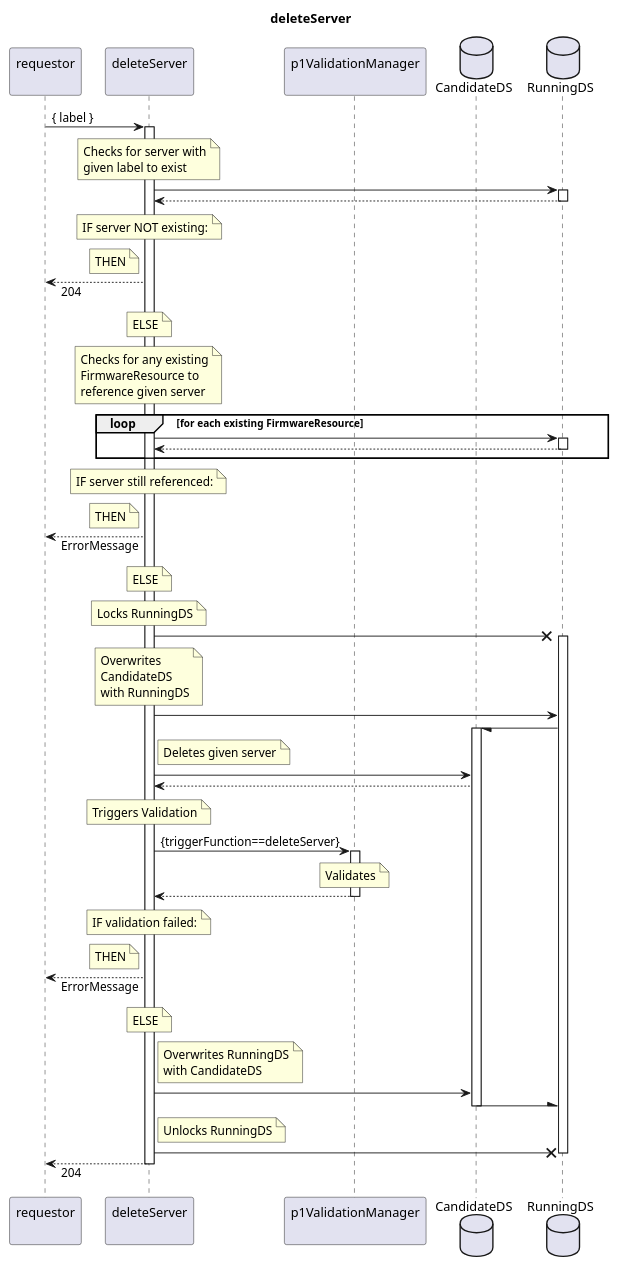
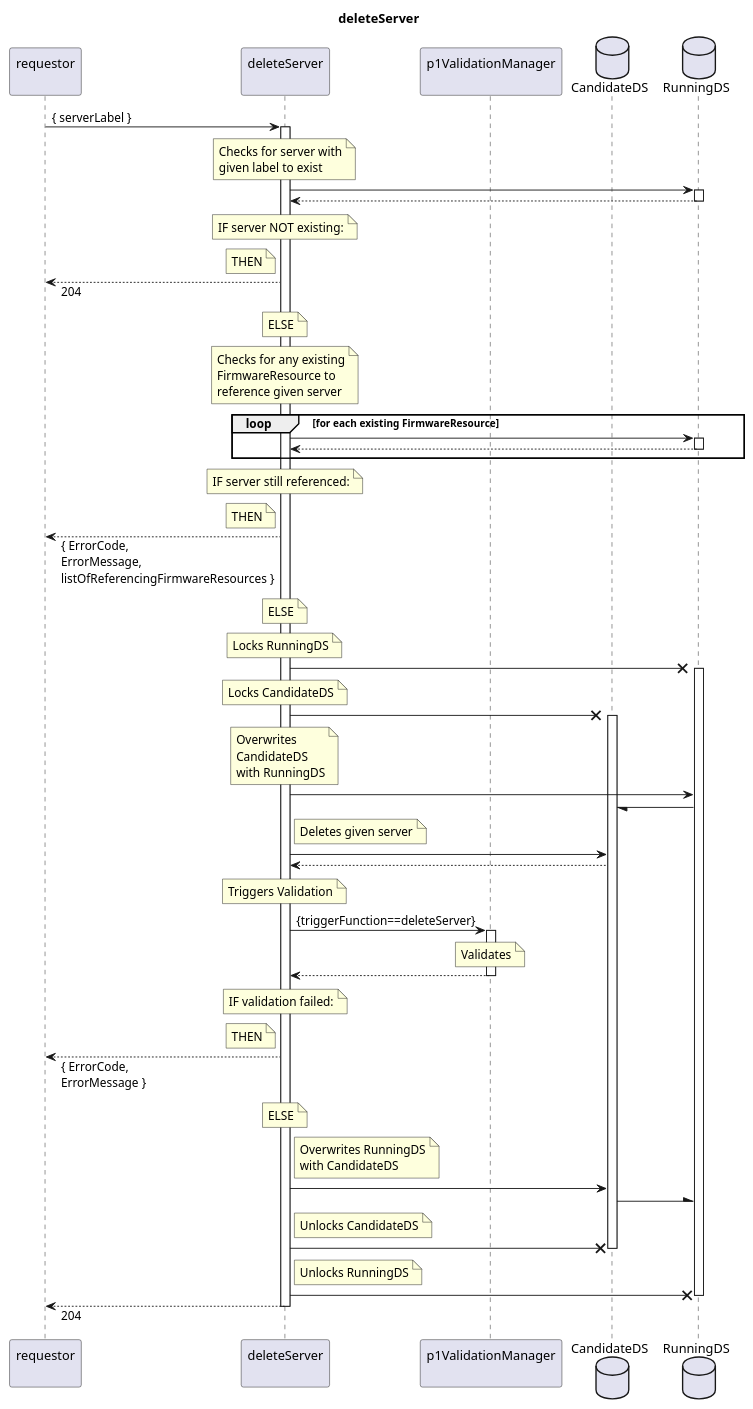
Before and after one commit to openBackhaul/FirmWareManager: the diagram in spec/Services/deleteServer/1.0.0/deleteServer.plantuml, drawn with PlantUML. The commit also changed 17 other files, not shown here.

```diff
--- a/spec/Services/deleteServer/1.0.0/deleteServer.plantuml
+++ b/spec/Services/deleteServer/1.0.0/deleteServer.plantuml
@@ -1,118 +1,124 @@
 @startuml deleteServer
 skinparam responseMessageBelowArrow true
 
 title
   deleteServer
 end title
 
 participant "requestor\n" as requestor
 participant "deleteServer\n" as delServer
 participant "p1ValidationManager\n" as valiMan
 database "CandidateDS" as CanDS
 database "RunningDS" as RunDS
 
-requestor -> delServer: { label }
+requestor -> delServer: { serverLabel }
 activate delServer
 
   note over delServer
     Checks for server with
     given label to exist
   end note
   delServer -> RunDS
   activate RunDS
   delServer <-- RunDS
   deactivate RunDS
   note over delServer
     IF server NOT existing:
   end note
   note left delServer
     THEN
   end note
   requestor <-- delServer: 204
   note over delServer
     ELSE
   end note
 
   note over delServer
     Checks for any existing
-    FirmwareResource to 
+    FirmwareResource to
     reference given server
   end note
   loop for each existing FirmwareResource
     delServer -> RunDS
     activate RunDS
     delServer <-- RunDS
     deactivate RunDS
   end loop
   note over delServer
     IF server still referenced:
   end note
   note left delServer
     THEN
   end note
-  requestor <-- delServer: ErrorMessage
+  requestor <-- delServer: { ErrorCode,\nErrorMessage,\nlistOfReferencingFirmwareResources }
   note over delServer
     ELSE
   end note
 
   note over delServer
     Locks RunningDS
   end note
   delServer -X RunDS
   activate RunDS
-
+  note over delServer
+    Locks CandidateDS
+  end note
+  delServer -X CanDS
+  activate CanDS
   note over delServer
     Overwrites
     CandidateDS
     with RunningDS
   end note
   delServer -> RunDS
   RunDS -/ CanDS
-  activate CanDS
 
   note right delServer
     Deletes given server
   end note
   delServer -> CanDS
   delServer <-- CanDS
 
   note over delServer
     Triggers Validation
   end note
   delServer -> valiMan: {triggerFunction==deleteServer}
   activate valiMan
     note over valiMan
       Validates
     end note
   delServer <-- valiMan
   deactivate valiMan
   note over delServer
     IF validation failed:
   end note
   note left delServer
     THEN
   end note
-  requestor <-- delServer: ErrorMessage
+  requestor <-- delServer: { ErrorCode,\nErrorMessage }
   note over delServer
     ELSE
   end note
 
   note right delServer
     Overwrites RunningDS
     with CandidateDS
   end note
   delServer -> CanDS
   CanDS -\ RunDS
+  note right delServer
+    Unlocks CandidateDS
+  end note
+  delServer -X CanDS
   deactivate CanDS
-
   note right delServer
     Unlocks RunningDS
   end note
   delServer -X RunDS
   deactivate RunDS
 
   requestor <-- delServer: 204
 
 deactivate delServer
 
 @enduml
```
